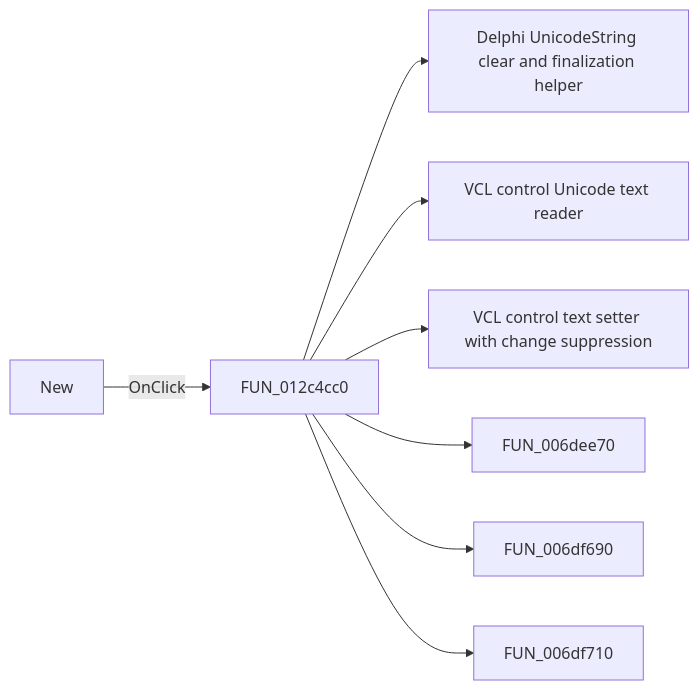
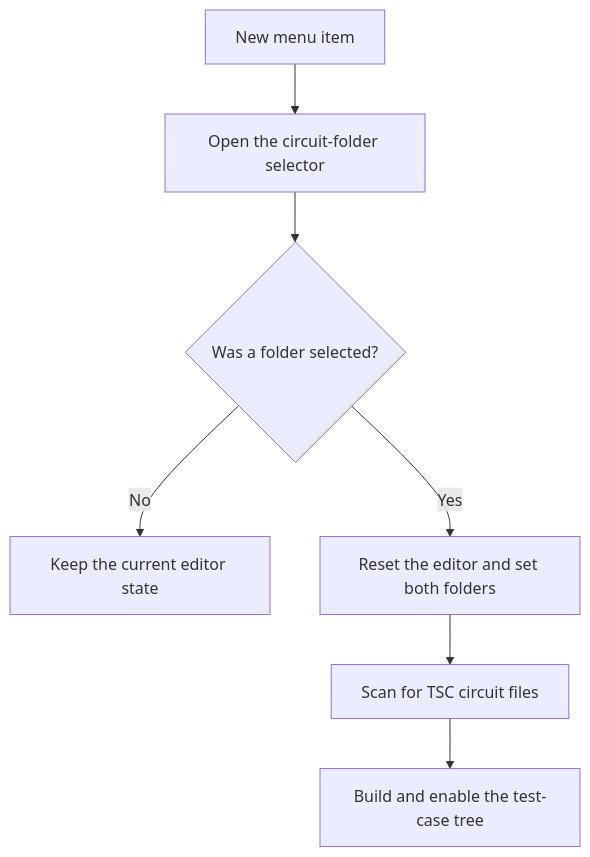
Before and after one commit to MovGP0/TIARA: the diagram in docs/ui-controls/frmtestbencheditor/mnnew-5e696def97.md, drawn with Mermaid. The commit also changed other lines of this file and 387 other files, not shown here.

````diff
--- a/docs/ui-controls/frmtestbencheditor/mnnew-5e696def97.md
+++ b/docs/ui-controls/frmtestbencheditor/mnnew-5e696def97.md
@@ -27,10 +19,9 @@
 ```mermaid
-flowchart LR
-    control["New"] -->|OnClick| handler["FUN_012c4cc0"]
-    handler --> call1["Delphi UnicodeString clear and finalization helper"]
-    handler --> call2["VCL control Unicode text reader"]
-    handler --> call3["VCL control text setter with change suppression"]
-    handler --> call4["FUN_006dee70"]
-    handler --> call5["FUN_006df690"]
-    handler --> call6["FUN_006df710"]
+flowchart TD
+    control["New menu item"] --> folder["Open the circuit-folder selector"]
+    folder --> accepted{"Was a folder selected?"}
+    accepted -->|No| noop["Keep the current editor state"]
+    accepted -->|Yes| reset["Reset the editor and set both folders"]
+    reset --> scan["Scan for TSC circuit files"]
+    scan --> tree["Build and enable the test-case tree"]
 ```
````
